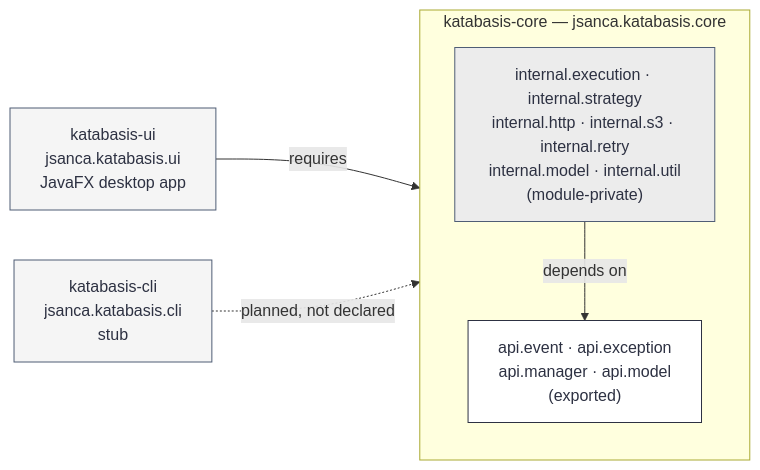
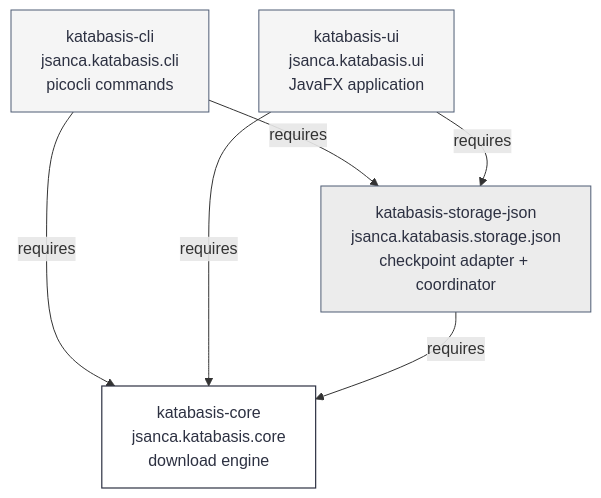
One commit to jsanca/Katabasis changed the diagram in docs/knowledge/architecture/module-map.md. Above: the diagram before and after it, drawn with Mermaid. The commit also changed other lines of this file and 13 other files, not shown here.

Commit message:
K-KNOWLEDGE-CURATE-001: refresh architecture knowledge at f999777

````diff
--- a/docs/knowledge/architecture/module-map.md
+++ b/docs/knowledge/architecture/module-map.md
@@ -8,19 +9,20 @@
 ```mermaid
-flowchart LR
-    subgraph CORE["katabasis-core — jsanca.katabasis.core"]
-        direction TB
-        API["api.event · api.exception<br/>api.manager · api.model<br/>(exported)"]
-        INTERNAL["internal.execution · internal.strategy<br/>internal.http · internal.s3 · internal.retry<br/>internal.model · internal.util<br/>(module-private)"]
-        INTERNAL -->|depends on| API
-    end
+flowchart TB
+    CLI["katabasis-cli<br/>jsanca.katabasis.cli<br/>picocli commands"]
+    UI["katabasis-ui<br/>jsanca.katabasis.ui<br/>JavaFX application"]
+    STORAGE["katabasis-storage-json<br/>jsanca.katabasis.storage.json<br/>checkpoint adapter + coordinator"]
+    CORE["katabasis-core<br/>jsanca.katabasis.core<br/>download engine"]
 
-    UI["katabasis-ui<br/>jsanca.katabasis.ui<br/>JavaFX desktop app"] -->|requires| API
-    CLI["katabasis-cli<br/>jsanca.katabasis.cli<br/>stub"] -.->|"planned, not declared"| API
+    CLI -->|requires| CORE
+    CLI -->|requires| STORAGE
+    UI -->|requires| CORE
+    UI -->|requires| STORAGE
+    STORAGE -->|requires| CORE
 
-    classDef exported fill:#fff,stroke:#2d3142,color:#2d3142;
-    classDef private fill:#ececec,stroke:#4f5d75,color:#2d3142;
-    classDef adapter fill:#f5f5f5,stroke:#4f5d75,color:#2d3142;
-    class API exported;
-    class INTERNAL private;
-    class UI,CLI adapter;
+    classDef core fill:#fff,stroke:#2d3142,color:#2d3142,stroke-width:1.2;
+    classDef adapter fill:#ececec,stroke:#4f5d75,color:#2d3142;
+    classDef app fill:#f5f5f5,stroke:#4f5d75,color:#2d3142;
+    class CORE core;
+    class STORAGE adapter;
+    class CLI,UI app;
 ```
````
